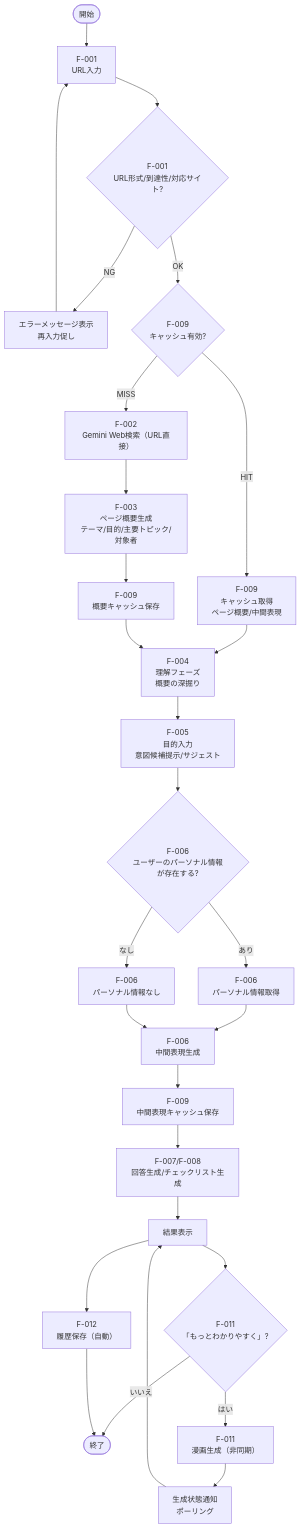
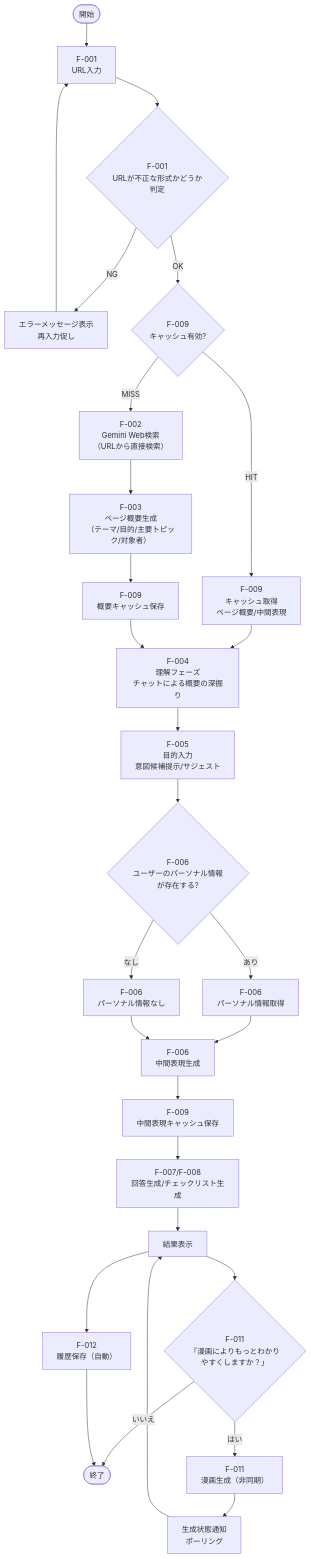
Before and after one commit to k-tsurumaki/komanavi: the diagram in docs/feature/機能要件.md, drawn with Mermaid.

Commit message:
docs: update processing flow diagram for URL validation and manga generation

````diff
--- a/docs/feature/機能要件.md
+++ b/docs/feature/機能要件.md
@@ -27,37 +27,37 @@
 ```mermaid
 flowchart TB
   start([開始]) --> url_input[F-001<br/>URL入力]
-  url_input --> url_validate{F-001<br/>URL形式/到達性/対応サイト?}
+  url_input --> url_validate{F-001<br/>URLが不正な形式かどうか判定}
   url_validate -- NG --> url_error[エラーメッセージ表示<br/>再入力促し]
   url_error --> url_input
 
   url_validate -- OK --> cache_check{F-009<br/>キャッシュ有効?}
   cache_check -- HIT --> cache_use[F-009<br/>キャッシュ取得<br/>ページ概要/中間表現]
-  cache_check -- MISS --> web_search[F-002<br/>Gemini Web検索（URL直接）]
-  web_search --> summary_gen[F-003<br/>ページ概要生成<br/>テーマ/目的/主要トピック/対象者]
+  cache_check -- MISS --> web_search[F-002<br/>Gemini Web検索<br/>（URLから直接検索）]
+  web_search --> summary_gen[F-003<br/>ページ概要生成<br/>（テーマ/目的/主要トピック/対象者）]
   summary_gen --> cache_store_summary[F-009<br/>概要キャッシュ保存]
 
   cache_use --> deep_dive
-  cache_store_summary --> deep_dive[F-004<br/>理解フェーズ<br/>概要の深掘り]
+  cache_store_summary --> deep_dive[F-004<br/>理解フェーズ<br/>チャットによる概要の深掘り]
   deep_dive --> intent_input[F-005<br/>目的入力<br/>意図候補提示/サジェスト]
   intent_input --> user_info{F-006<br/>ユーザーのパーソナル情報が存在する?}
   user_info -- あり --> collect_profile[F-006<br/>パーソナル情報取得]
   user_info -- なし --> skip_profile[F-006<br/>パーソナル情報なし]
 
   collect_profile --> intermediate
   skip_profile --> intermediate[F-006<br/>中間表現生成]
   intermediate --> cache_store_ir[F-009<br/>中間表現キャッシュ保存]
 
   cache_store_ir --> answer_gen[F-007/F-008<br/>回答生成/チェックリスト生成]
 
   answer_gen --> display_result[結果表示]
 
-  display_result --> manga_opt{F-011<br/>「もっとわかりやすく」?}
+  display_result --> manga_opt{F-011<br/>「漫画によりもっとわかりやすくしますか？」}
   manga_opt -- いいえ --> end_node([終了])
   manga_opt -- はい --> manga_job[F-011<br/>漫画生成（非同期）]
   manga_job --> manga_poll[生成状態通知<br/>ポーリング]
   manga_poll --> display_result
 
   display_result --> history_save[F-012<br/>履歴保存（自動）]
   history_save --> end_node([終了])
 ```
````
